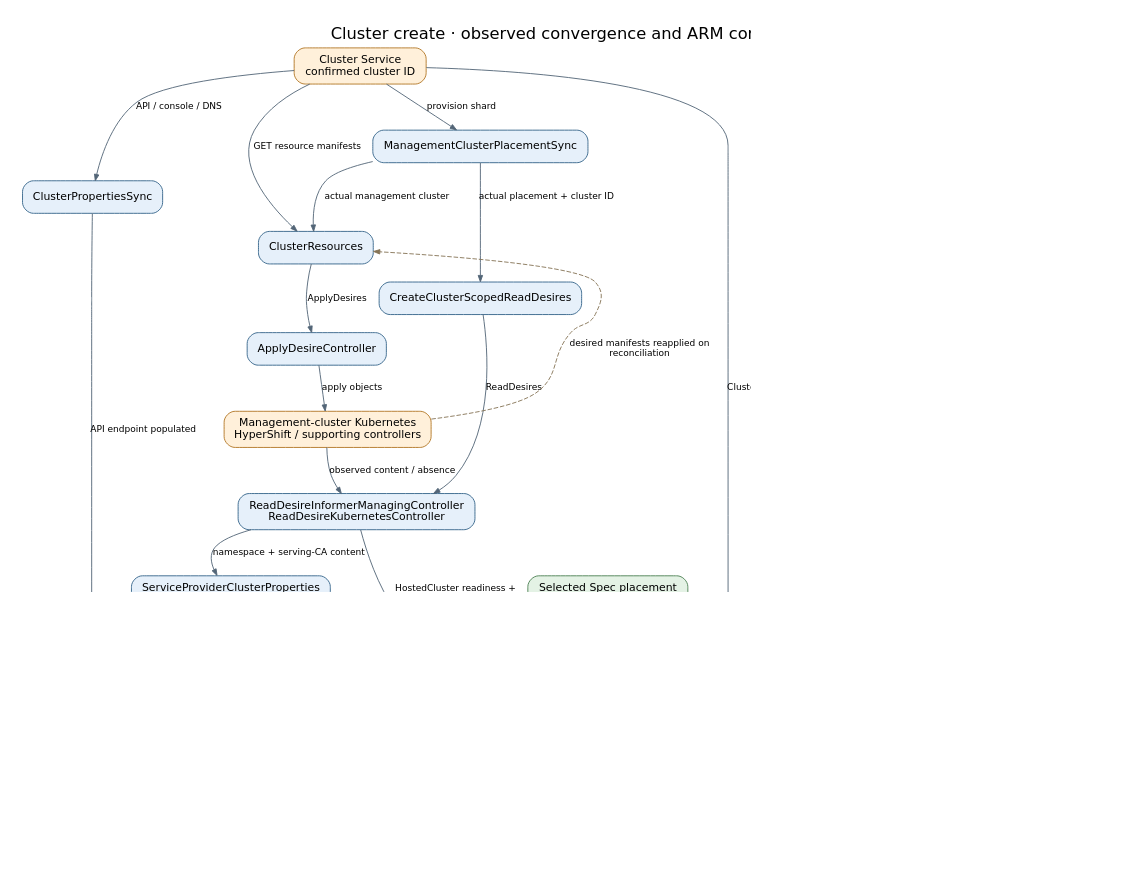
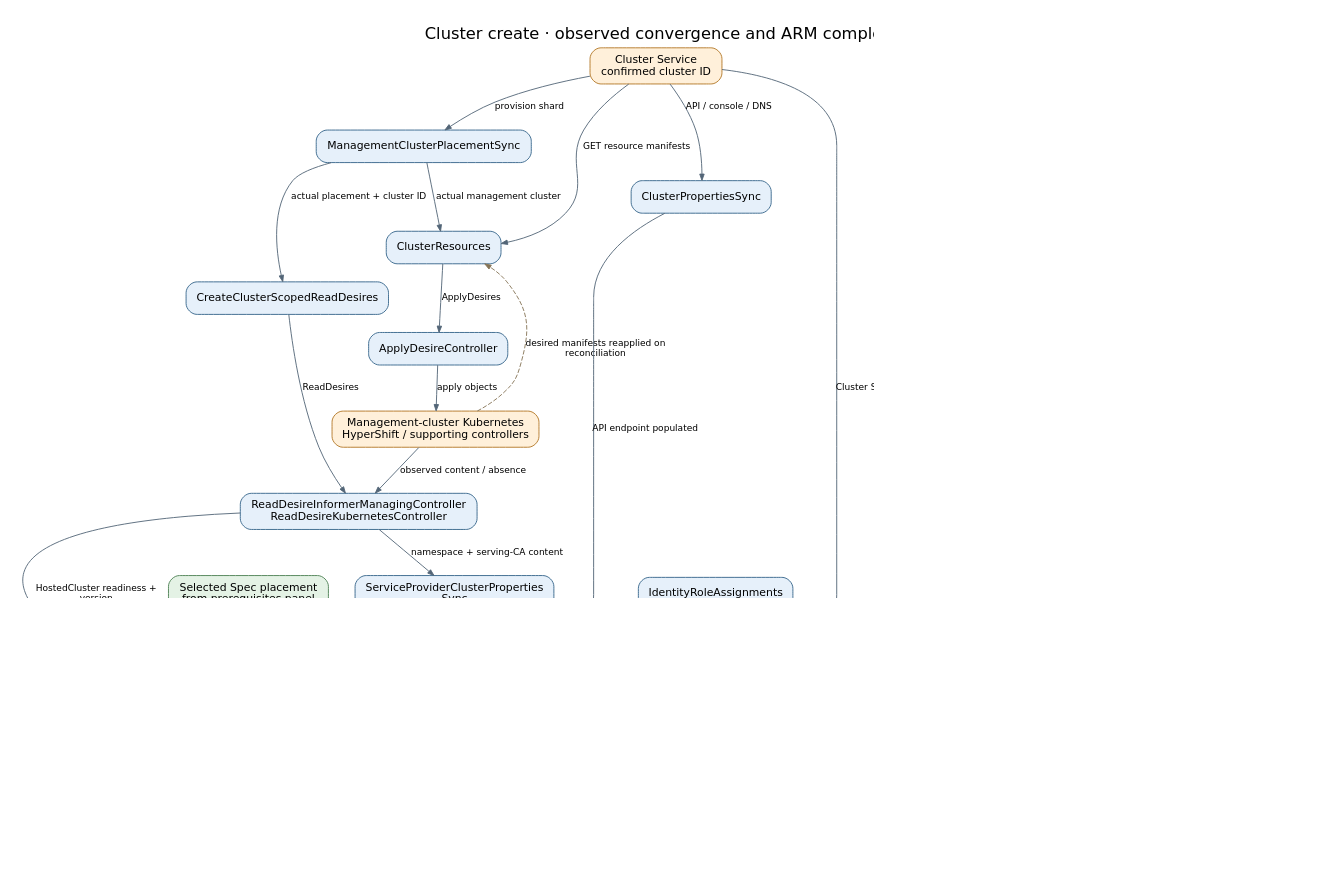
One commit to Azure/ARO-HCP changed the diagram in docs/diagrams/controller-flows/cluster-convergence.dot. Above: the diagram before and after it, drawn with Graphviz. The commit also changed 10 other files, not shown here.

Commit message:
fix: fail cluster operations on persistent validation errors

```diff
--- a/docs/diagrams/controller-flows/cluster-convergence.dot
+++ b/docs/diagrams/controller-flows/cluster-convergence.dot
@@ -1,44 +1,48 @@
 digraph cluster_convergence {
   graph [rankdir=TB, bgcolor="white", pad="0.3", nodesep="0.4", ranksep="0.55", fontname="DejaVu Sans", fontsize=18, labelloc=t, label="Cluster create · observed convergence and ARM completion", dpi=110];
   node [shape=box, style="rounded,filled", fillcolor="#e6f0fa", color="#35648a", fontname="DejaVu Sans", fontsize=12, margin="0.16,0.10"];
   edge [color="#536577", fontname="DejaVu Sans", fontsize=10, arrowsize=0.7];
   cs [label="Cluster Service\nconfirmed cluster ID", fillcolor="#fff0da", color="#b27624"];
   place [label="ManagementClusterPlacementSync", fillcolor="#e6f0fa", color="#35648a"];
   resources [label="ClusterResources", fillcolor="#e6f0fa", color="#35648a"];
   read [label="CreateClusterScopedReadDesires", fillcolor="#e6f0fa", color="#35648a"];
   apply [label="ApplyDesireController", fillcolor="#e6f0fa", color="#35648a"];
   kube [label="Management-cluster Kubernetes\nHyperShift / supporting controllers", fillcolor="#fff0da", color="#b27624"];
   mirror [label="ReadDesireInformerManagingController\nReadDesireKubernetesController", fillcolor="#e6f0fa", color="#35648a"];
   props [label="ServiceProviderClusterProperties\nSync", fillcolor="#e6f0fa", color="#35648a"];
   armprops [label="ClusterPropertiesSync", fillcolor="#e6f0fa", color="#35648a"];
   role [label="IdentityRoleAssignments", fillcolor="#e6f0fa", color="#35648a"];
   azure [label="Azure role assignments\nconfirmed group + resolved identities", fillcolor="#fff0da", color="#b27624"];
+  validation [label="Cluster validation controllers\nServiceProviderCluster.Status.Validations", fillcolor="#e6f0fa", color="#35648a"];
   op [label="OperationClusterCreate", fillcolor="#e6f0fa", color="#35648a"];
   done [label="ARM operation Succeeded\nActiveOperationID cleared", fillcolor="#e4f2e5", color="#4c8053"];
   uid [label="BackfillClusterUID", fillcolor="#e6f0fa", color="#35648a"];
   billing [label="CreateBillingDoc", fillcolor="#e6f0fa", color="#35648a"];
   cs -> place [label="provision shard"];
   place -> resources [label="actual management cluster"];
   cs -> resources [label="GET resource manifests"];
   place -> read [label="actual placement + cluster ID"];
   resources -> apply [label="ApplyDesires"];
   apply -> kube [label="apply objects"];
   read -> mirror [label="ReadDesires"];
   kube -> mirror [label="observed content / absence"];
   mirror -> props [label="namespace + serving-CA content"];
   cs -> armprops [label="API / console / DNS"];
   selected [label="Selected Spec placement\nfrom prerequisites panel", fillcolor="#e4f2e5", color="#4c8053"];
   selected -> op [label="placement completion"];
   cs -> op [label="Cluster Service state"];
   mirror -> op [label="HostedCluster readiness +\nversion"];
   props -> op [label="serving CA populated"];
   armprops -> op [label="API endpoint populated"];
   role -> azure [label="GET / create missing"];
   role -> op [label="confirmed nonempty; none\npending"];
+  validation -> op [label="False: Provisioning + InvalidResource;\nfailure and operation each >= 5m: Failed;\nall True: ready"];
   op -> done [label="all completion checks\nsatisfied"];
+  failed [label="ARM operation Failed\nInvalidResource", fillcolor="#fbe8e5", color="#a64f43"];
+  op -> failed [label="any validation False >= 5m\nand operation age >= 5m"];
   done -> billing [label="Succeeded; billing reference\nmissing"];
   uid -> billing [label="ClusterUID available"];
   azure -> role [label="created stays pending until\nGET confirms", style=dashed, color="#857456", constraint=false];
   op -> op [label="pending: observe again", style=dashed, color="#857456", constraint=false];
   kube -> resources [label="desired manifests reapplied on\nreconciliation", style=dashed, color="#857456", constraint=false];
 }
```
